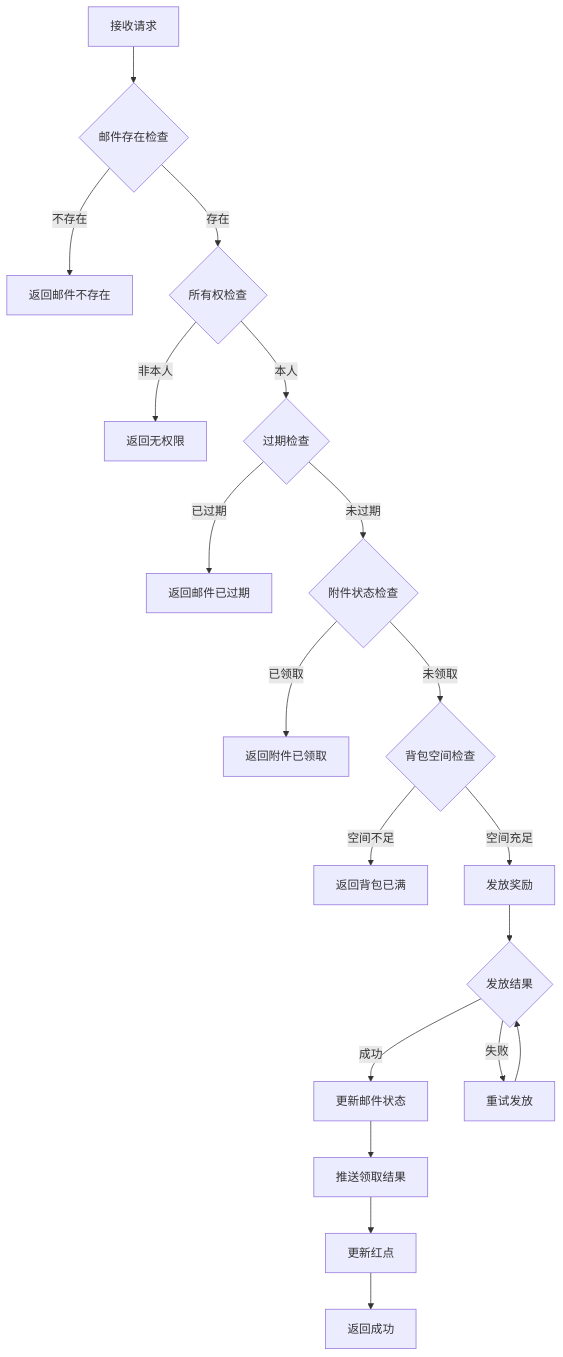
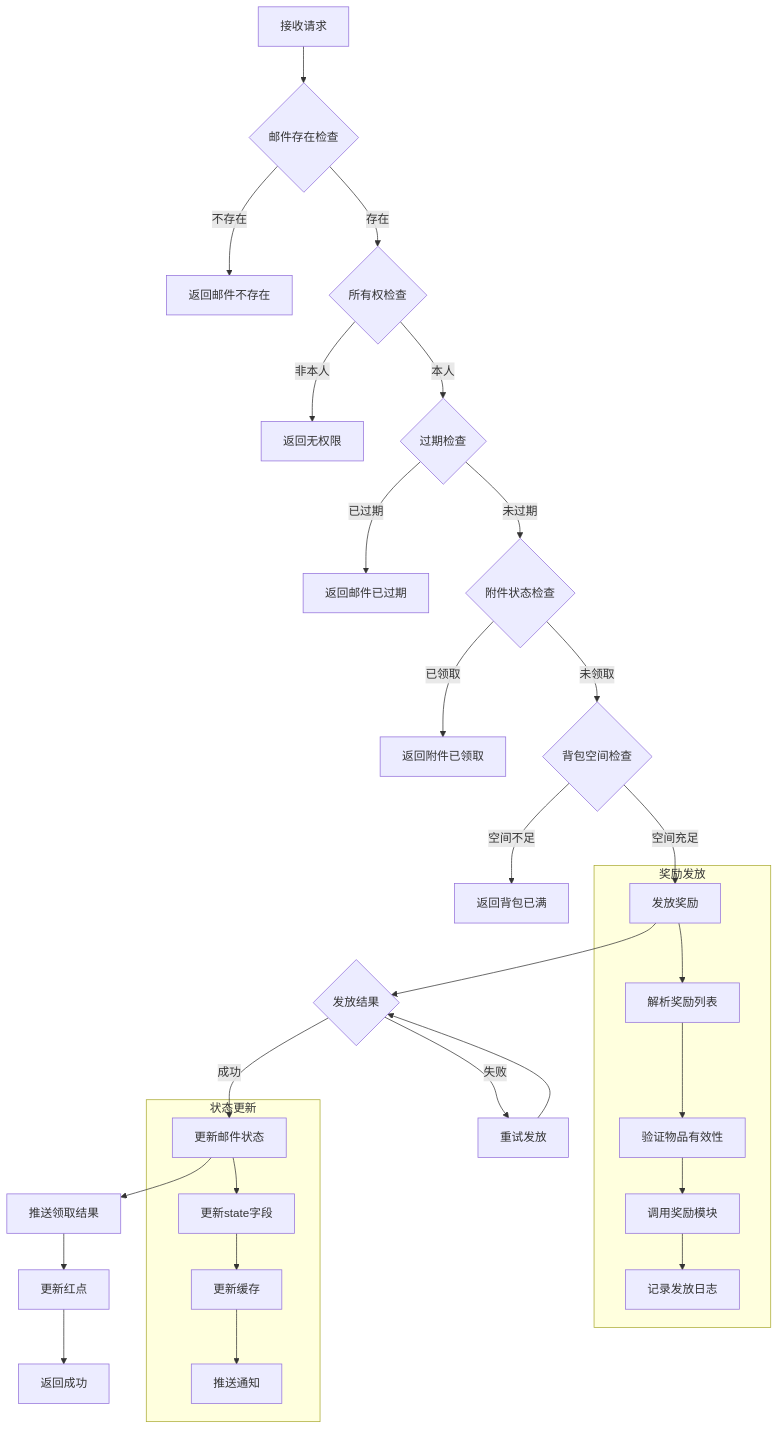
The fifth of 16 diagrams in docs/Module_Mail/02_协议文档.md (Alan-Ben/k2c_game_framework), drawn with Mermaid before and after one commit. The commit also changed other lines of this file and 10 other files, not shown here.

Commit message:
docs: 完善 Consort/Mail/Rank 模块文档 - mermaid图、代码示例、完整字段列表

````diff
--- a/docs/Module_Mail/02_协议文档.md
+++ b/docs/Module_Mail/02_协议文档.md
@@ -228,21 +301,34 @@
 ```mermaid
 flowchart TD
     A[接收请求] --> B{邮件存在检查}
     B -->|不存在| C[返回邮件不存在]
     B -->|存在| D{所有权检查}
     D -->|非本人| E[返回无权限]
     D -->|本人| F{过期检查}
     F -->|已过期| G[返回邮件已过期]
     F -->|未过期| H{附件状态检查}
     H -->|已领取| I[返回附件已领取]
     H -->|未领取| J{背包空间检查}
     J -->|空间不足| K[返回背包已满]
     J -->|空间充足| L[发放奖励]
     L --> M{发放结果}
     M -->|成功| N[更新邮件状态]
     M -->|失败| O[重试发放]
     O --> M
     N --> P[推送领取结果]
     P --> Q[更新红点]
     Q --> R[返回成功]
+
+    subgraph 奖励发放
+        L --> L1[解析奖励列表]
+        L1 --> L2[验证物品有效性]
+        L2 --> L3[调用奖励模块]
+        L3 --> L4[记录发放日志]
+    end
+
+    subgraph 状态更新
+        N --> N1[更新state字段]
+        N1 --> N2[更新缓存]
+        N2 --> N3[推送通知]
+    end
 ```
````
